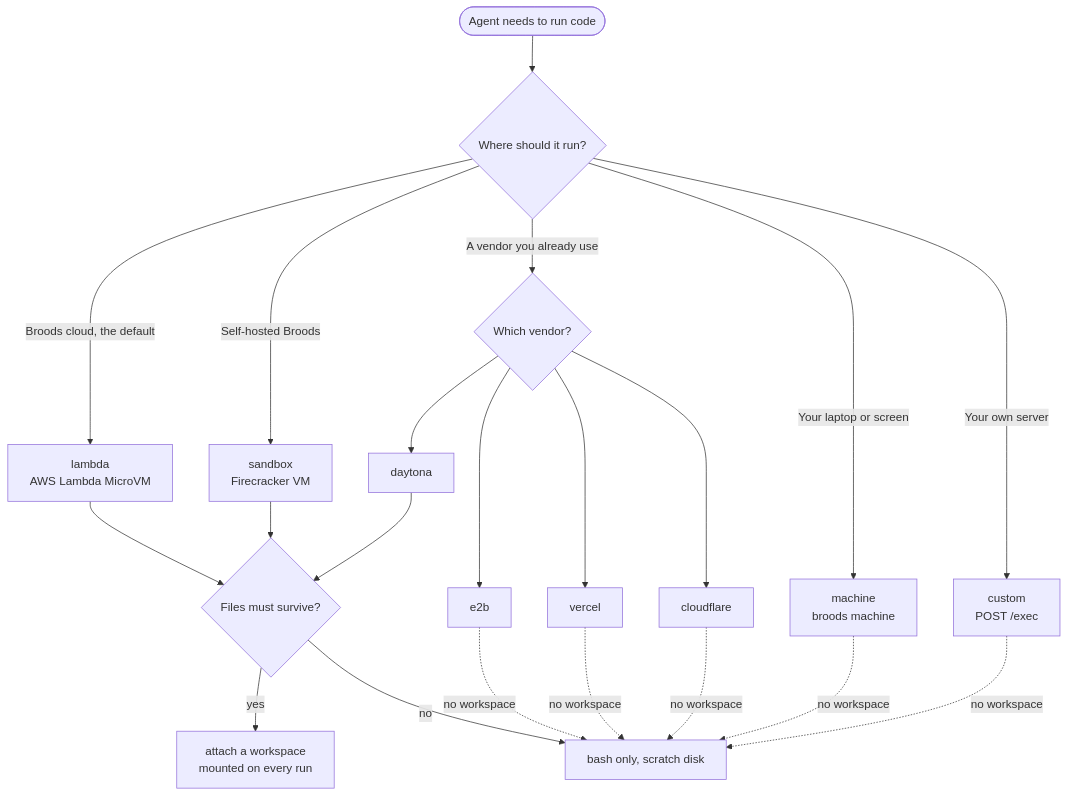
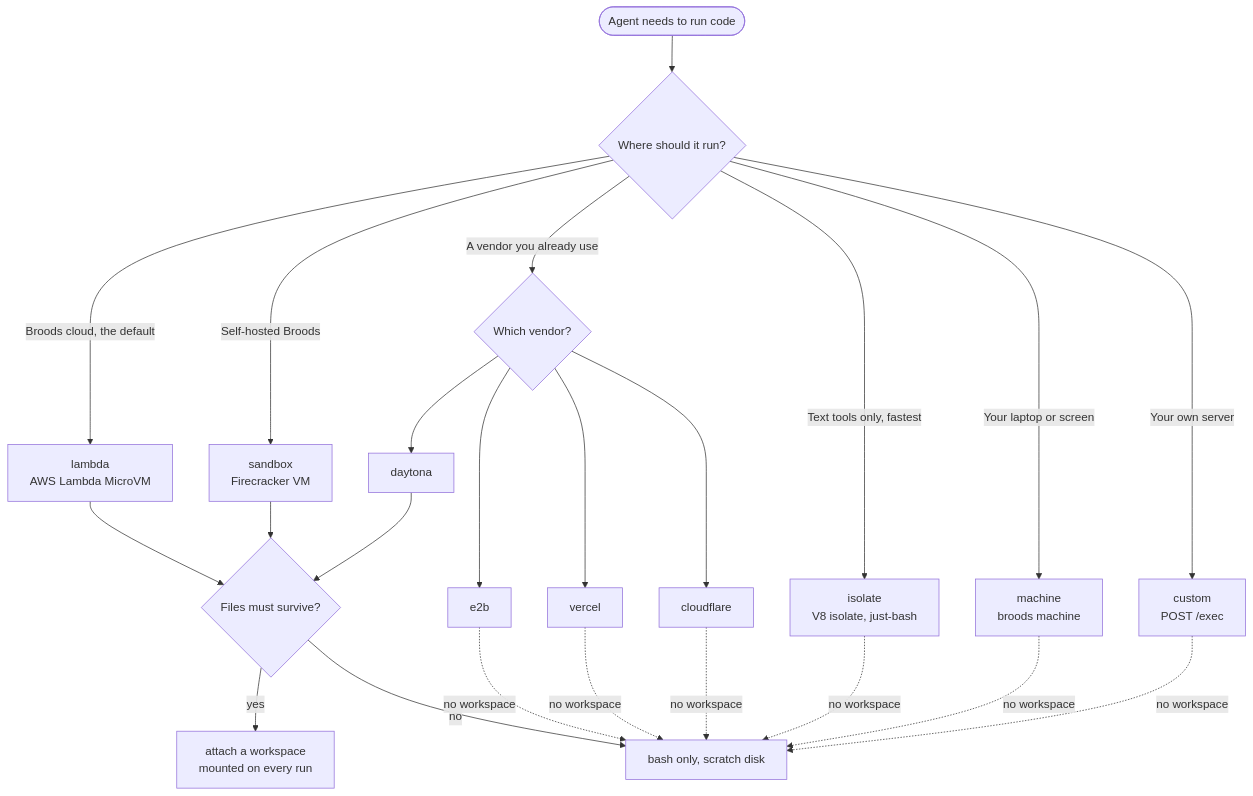
Before and after one commit to beeblastco/broods: the first of 2 diagrams in apps/docs/docs/guides/sandboxes/index.md, drawn with Mermaid. The commit also changed other lines of this file and 17 other files, not shown here.

````diff
--- a/apps/docs/docs/guides/sandboxes/index.md
+++ b/apps/docs/docs/guides/sandboxes/index.md
@@ -41,23 +42,25 @@
 ```mermaid
 flowchart TD
   A([Agent needs to run code]) --> B{Where should it run?}
   B -->|Broods cloud, the default| L["lambda<br/>AWS Lambda MicroVM"]
   B -->|Self-hosted Broods| S["sandbox<br/>Firecracker VM"]
   B -->|A vendor you already use| V{Which vendor?}
   V --> D[daytona]
   V --> E[e2b]
   V --> VC[vercel]
   V --> CF[cloudflare]
+  B -->|Text tools only, fastest| I["isolate<br/>V8 isolate, just-bash"]
   B -->|Your laptop or screen| M["machine<br/>broods machine"]
   B -->|Your own server| C["custom<br/>POST /exec"]
   L --> W{Files must survive?}
   S --> W
   D --> W
   W -->|yes| WS["attach a workspace<br/>mounted on every run"]
   W -->|no| NB[bash only, scratch disk]
   E -.->|no workspace| NB
   VC -.->|no workspace| NB
   CF -.->|no workspace| NB
+  I -.->|no workspace| NB
   M -.->|no workspace| NB
   C -.->|no workspace| NB
 ```
````
